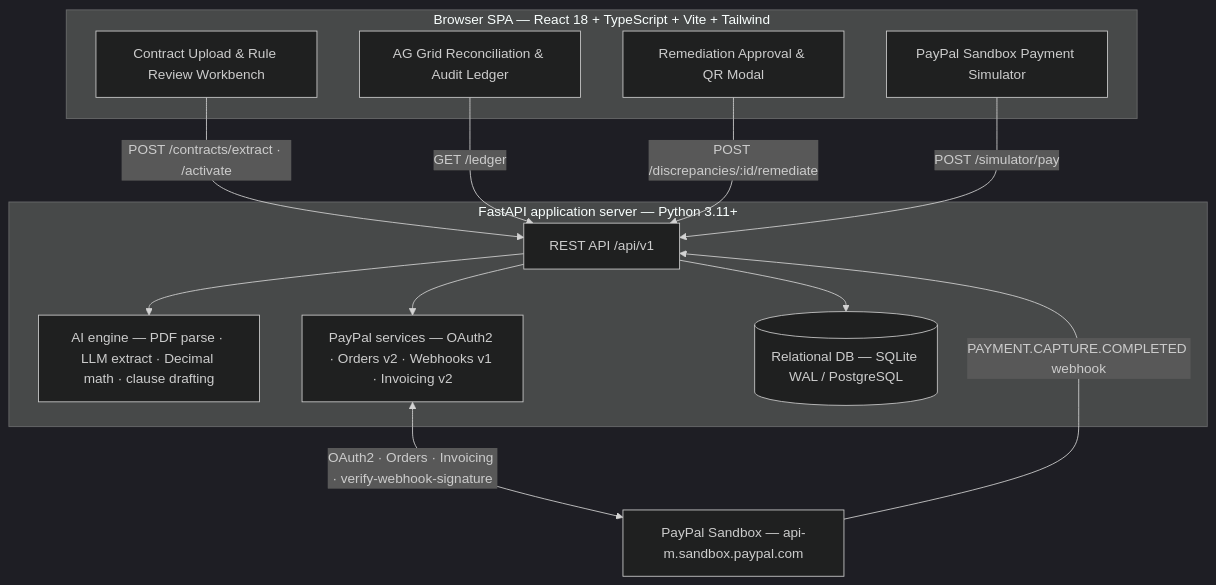
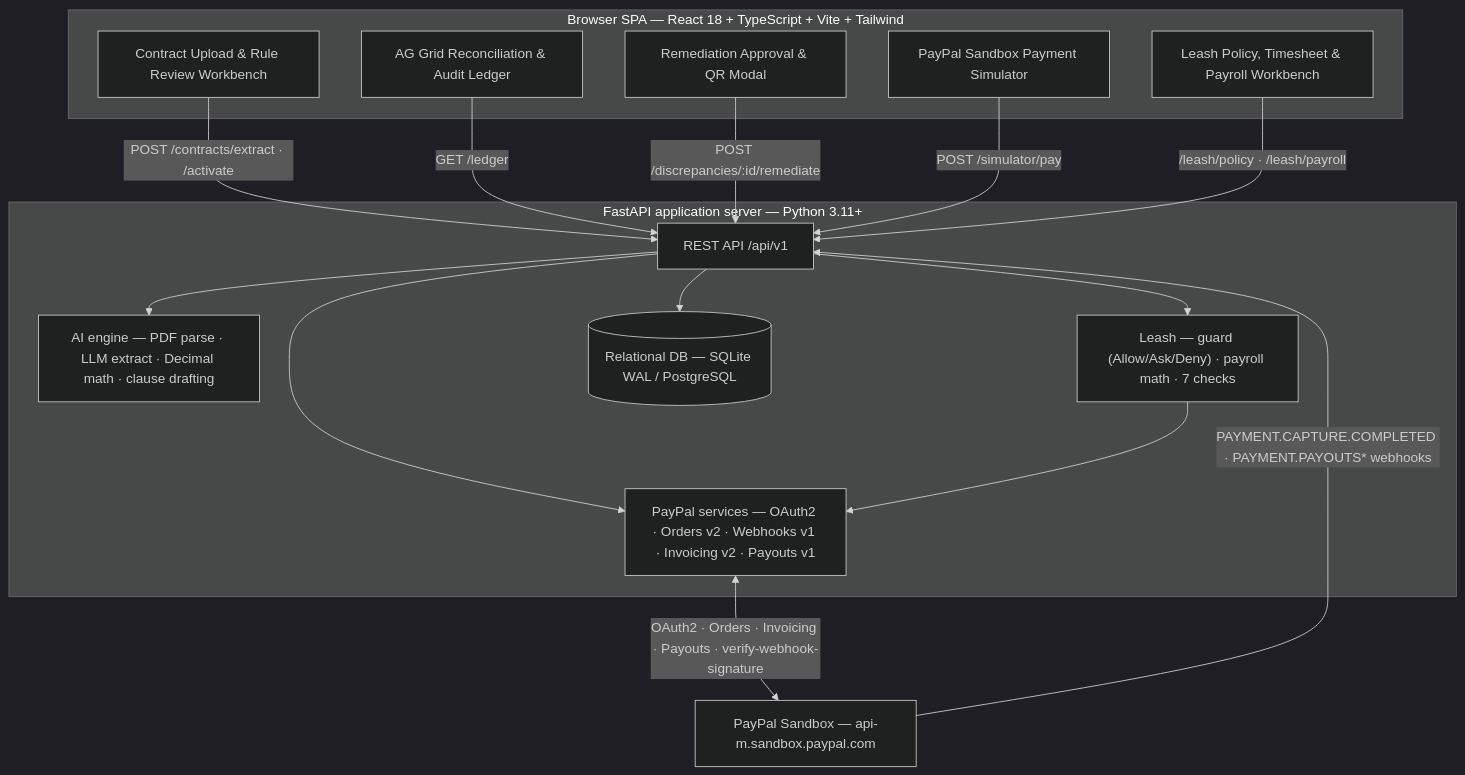
One commit to Ahmed-fall/PaypalContractor changed the diagram in README.md. Above: the diagram before and after it, drawn with Mermaid (dark theme). The commit also changed other lines of this file and 17 other files, not shown here.

````diff
--- a/README.md
+++ b/README.md
@@ -85,28 +100,33 @@
 ```mermaid
 graph TB
     subgraph Browser["Browser SPA — React 18 + TypeScript + Vite + Tailwind"]
         UI_Upload["Contract Upload & Rule Review Workbench"]
         UI_Grid["AG Grid Reconciliation & Audit Ledger"]
         UI_Modal["Remediation Approval & QR Modal"]
         UI_Sim["PayPal Sandbox Payment Simulator"]
+        UI_Leash["Leash Policy, Timesheet & Payroll Workbench"]
     end
 
     subgraph Backend["FastAPI application server — Python 3.11+"]
         API["REST API /api/v1"]
         AI["AI engine — PDF parse · LLM extract · Decimal math · clause drafting"]
-        PP["PayPal services — OAuth2 · Orders v2 · Webhooks v1 · Invoicing v2"]
+        LEASH["Leash — guard (Allow/Ask/Deny) · payroll math · 7 checks"]
+        PP["PayPal services — OAuth2 · Orders v2 · Webhooks v1 · Invoicing v2 · Payouts v1"]
         DB[("Relational DB — SQLite WAL / PostgreSQL")]
     end
 
     PayPal["PayPal Sandbox — api-m.sandbox.paypal.com"]
 
     UI_Upload -->|POST /contracts/extract · /activate| API
     UI_Grid -->|GET /ledger| API
     UI_Modal -->|POST /discrepancies/:id/remediate| API
     UI_Sim -->|POST /simulator/pay| API
+    UI_Leash -->|/leash/policy · /leash/payroll| API
     API --> AI
+    API --> LEASH
     API --> PP
     API --> DB
-    PP <-->|OAuth2 · Orders · Invoicing · verify-webhook-signature| PayPal
-    PayPal -->|PAYMENT.CAPTURE.COMPLETED webhook| API
+    LEASH --> PP
+    PP <-->|OAuth2 · Orders · Invoicing · Payouts · verify-webhook-signature| PayPal
+    PayPal -->|PAYMENT.CAPTURE.COMPLETED · PAYMENT.PAYOUTS* webhooks| API
 ```
````
